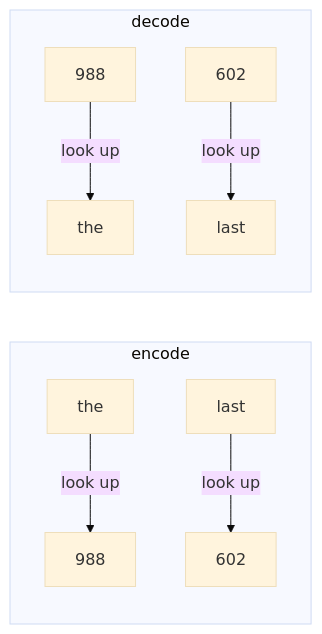
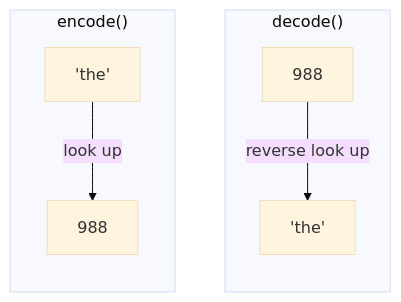
The fifth of 10 diagrams in docs/01-tokenization.md (Ranjeet0611/tinygpt), drawn with Mermaid (base theme) before and after one commit. The commit also changed other lines of this file and 9 other files, not shown here.

````diff
--- a/docs/01-tokenization.md
+++ b/docs/01-tokenization.md
@@ -52,11 +80,12 @@
 ```mermaid
 flowchart LR
-    subgraph encode
-        W1["the"] -->|"look up"| N1["988"]
-        W2["last"] -->|"look up"| N2["602"]
+    subgraph ENC["encode()"]
+        direction TB
+        e1["'the'"] -->|"look up"| e2["988"]
     end
-    subgraph decode
-        N3["988"] -->|"look up"| W3["the"]
-        N4["602"] -->|"look up"| W4["last"]
+    subgraph DEC["decode()"]
+        direction TB
+        d1["988"] -->|"reverse look up"| d2["'the'"]
     end
+    ENC ~~~ DEC
 ```
````
